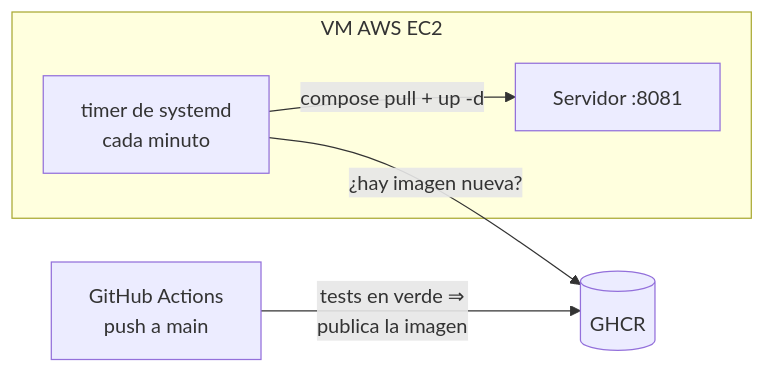
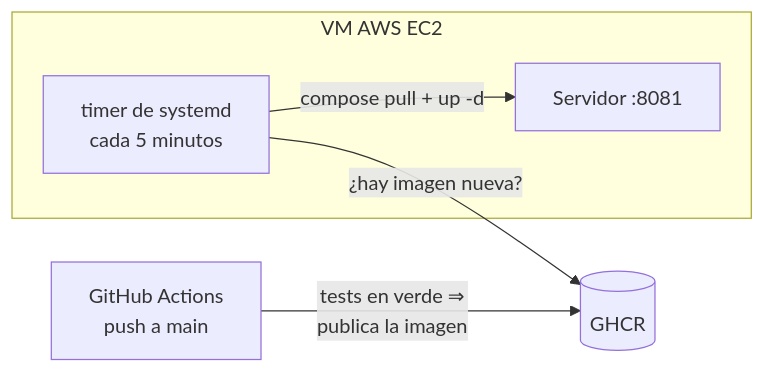
Before and after one commit to chimera-sdypp/sdypp_tp2: the third of 3 diagrams in hit1/README.md, drawn with Mermaid. The commit also changed other lines of this file and 7 other files, not shown here.

Commit message:
fix(despliegue): un candado común para los timers de la VM y pull cada 5 minutos

````diff
--- a/hit1/README.md
+++ b/hit1/README.md
@@ -179,8 +179,8 @@
 ```mermaid
 flowchart LR
     G["GitHub Actions<br/>push a main"] -- "tests en verde ⇒<br/>publica la imagen" --> R[(GHCR)]
     subgraph VM[VM AWS EC2]
-        T["timer de systemd<br/>cada minuto"] -- "compose pull + up -d" --> S[Servidor :8081]
+        T["timer de systemd<br/>cada 5 minutos"] -- "compose pull + up -d" --> S[Servidor :8081]
     end
     T -- "¿hay imagen nueva?" --> R
 ```
````
